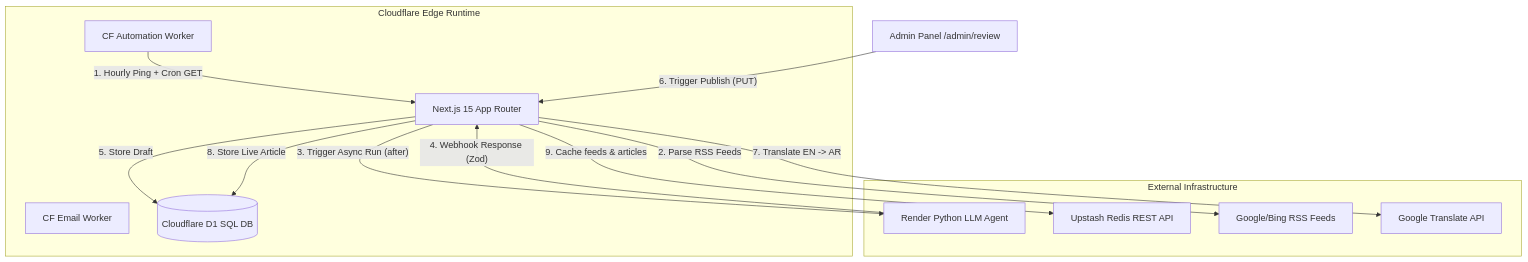
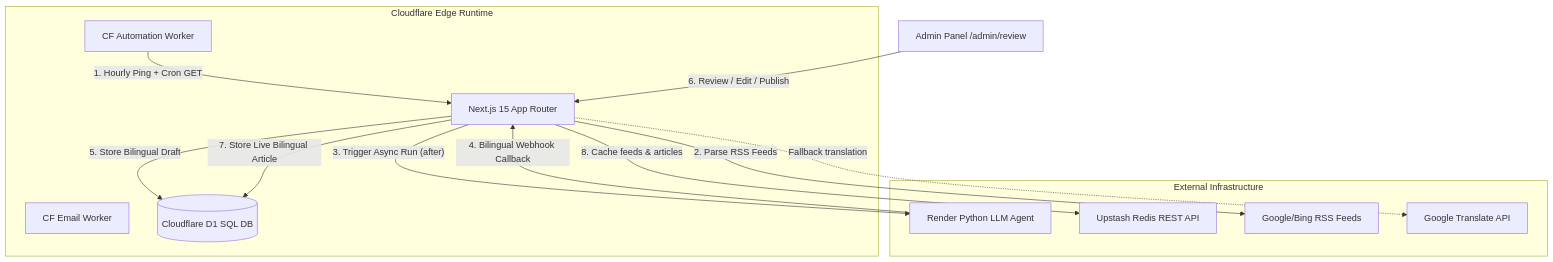
Before and after one commit to vinnych/Arabia_Khaleej: the diagram in REVERSE_ENGINEERING.md, drawn with Mermaid. The commit also changed other lines of this file and 21 other files, not shown here.

````diff
--- a/REVERSE_ENGINEERING.md
+++ b/REVERSE_ENGINEERING.md
@@ -11,27 +11,27 @@
 ```mermaid
 graph TD
     subgraph Cloudflare Edge Runtime
         NextApp[Next.js 15 App Router]
         CFWorker[CF Automation Worker]
         CFEmail[CF Email Worker]
         D1DB[(Cloudflare D1 SQL DB)]
     end
 
     subgraph External Infrastructure
         PythonAgent[Render Python LLM Agent]
         Upstash[Upstash Redis REST API]
         GoogleNews[Google/Bing RSS Feeds]
         GoogleTrans[Google Translate API]
     end
 
     CFWorker -- "1. Hourly Ping + Cron GET" --> NextApp
     NextApp -- "2. Parse RSS Feeds" --> GoogleNews
     NextApp -- "3. Trigger Async Run (after)" --> PythonAgent
-    PythonAgent -- "4. Webhook Response (Zod)" --> NextApp
-    NextApp -- "5. Store Draft" --> D1DB
+    PythonAgent -- "4. Bilingual Webhook Callback" --> NextApp
+    NextApp -- "5. Store Bilingual Draft" --> D1DB
     
-    Admin[Admin Panel /admin/review] -- "6. Trigger Publish (PUT)" --> NextApp
-    NextApp -- "7. Translate EN -> AR" --> GoogleTrans
-    NextApp -- "8. Store Live Article" --> D1DB
-    NextApp -- "9. Cache feeds & articles" --> Upstash
+    Admin[Admin Panel /admin/review] -- "6. Review / Edit / Publish" --> NextApp
+    NextApp -.->|Fallback translation| GoogleTrans
+    NextApp -- "7. Store Live Bilingual Article" --> D1DB
+    NextApp -- "8. Cache feeds & articles" --> Upstash
 ```
````
